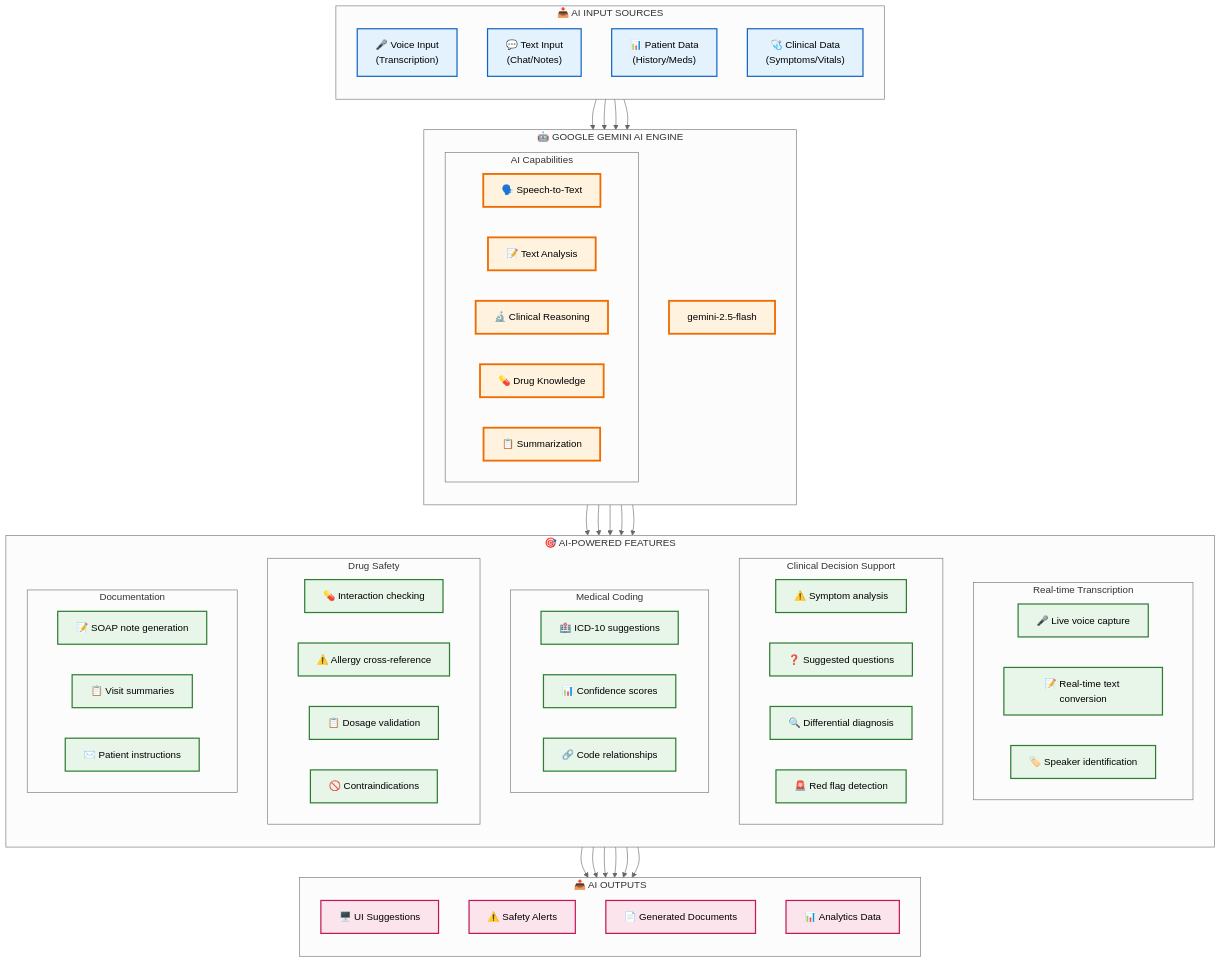
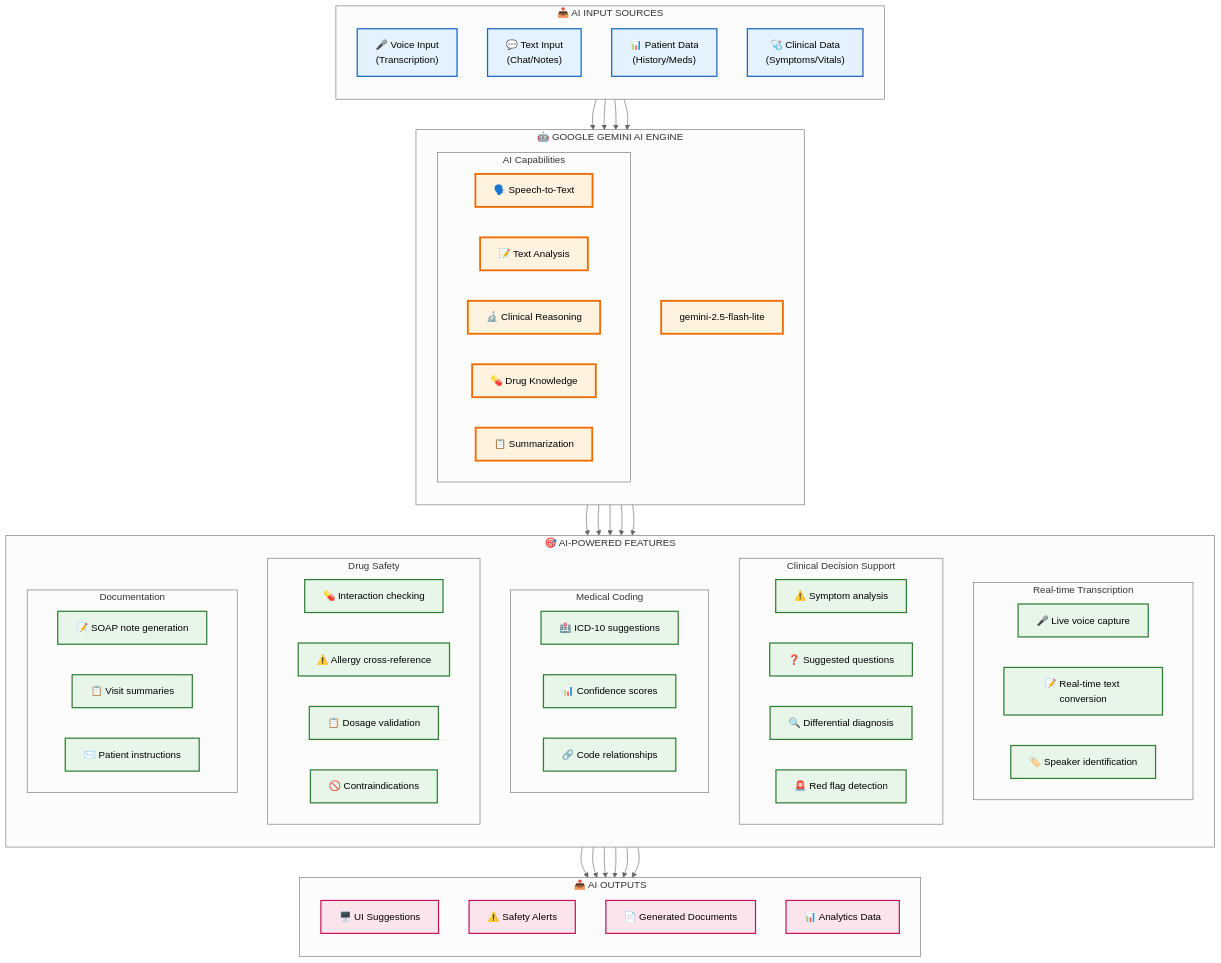
Before and after one commit to chiraleo2000/Isara-Anywhere: the diagram in Isara-doctor-portal/doc/overview/diagrams/ai-integration-flow.mermaid, drawn with Mermaid (neutral theme). The commit also changed 55 other files, not shown here.

```diff
--- a/Isara-doctor-portal/doc/overview/diagrams/ai-integration-flow.mermaid
+++ b/Isara-doctor-portal/doc/overview/diagrams/ai-integration-flow.mermaid
@@ -1,98 +1,98 @@
 %% Izara Doctor Portal - AI Integration Flow v2.0
 %% Shows all AI-powered features and their interactions
 
 flowchart TB
     subgraph Input["📥 AI INPUT SOURCES"]
         direction TB
         I1["🎤 Voice Input<br/>(Transcription)"]
         I2["💬 Text Input<br/>(Chat/Notes)"]
         I3["📊 Patient Data<br/>(History/Meds)"]
         I4["🩺 Clinical Data<br/>(Symptoms/Vitals)"]
     end
     
     subgraph GeminiAI["🤖 GOOGLE GEMINI AI ENGINE"]
         direction TB
-        G1["gemini-2.5-flash"]
+        G1["gemini-2.5-flash-lite"]
         
         subgraph Capabilities["AI Capabilities"]
             C1["🗣️ Speech-to-Text"]
             C2["📝 Text Analysis"]
             C3["🔬 Clinical Reasoning"]
             C4["💊 Drug Knowledge"]
             C5["📋 Summarization"]
         end
     end
     
     subgraph Features["🎯 AI-POWERED FEATURES"]
         direction TB
         
         subgraph Transcription["Real-time Transcription"]
             T1["🎤 Live voice capture"]
             T2["📝 Real-time text conversion"]
             T3["🏷️ Speaker identification"]
         end
         
         subgraph ClinicalSupport["Clinical Decision Support"]
             CS1["⚠️ Symptom analysis"]
             CS2["❓ Suggested questions"]
             CS3["🔍 Differential diagnosis"]
             CS4["🚨 Red flag detection"]
         end
         
         subgraph Coding["Medical Coding"]
             MC1["🏥 ICD-10 suggestions"]
             MC2["📊 Confidence scores"]
             MC3["🔗 Code relationships"]
         end
         
         subgraph DrugSafety["Drug Safety"]
             DS1["💊 Interaction checking"]
             DS2["⚠️ Allergy cross-reference"]
             DS3["📋 Dosage validation"]
             DS4["🚫 Contraindications"]
         end
         
         subgraph Documentation["Documentation"]
             D1["📝 SOAP note generation"]
             D2["📋 Visit summaries"]
             D3["✉️ Patient instructions"]
         end
     end
     
     subgraph Output["📤 AI OUTPUTS"]
         direction TB
         O1["🖥️ UI Suggestions"]
         O2["⚠️ Safety Alerts"]
         O3["📄 Generated Documents"]
         O4["📊 Analytics Data"]
     end
     
     %% Connections
     I1 --> G1
     I2 --> G1
     I3 --> G1
     I4 --> G1
     
     G1 --> Transcription
     G1 --> ClinicalSupport
     G1 --> Coding
     G1 --> DrugSafety
     G1 --> Documentation
     
     Transcription --> O1
     ClinicalSupport --> O1
     ClinicalSupport --> O2
     Coding --> O1
     DrugSafety --> O2
     Documentation --> O3
     
     %% Styling
     classDef input fill:#e3f2fd,stroke:#1565c0,stroke-width:2px
     classDef ai fill:#fff3e0,stroke:#ef6c00,stroke-width:3px
     classDef feature fill:#e8f5e9,stroke:#2e7d32,stroke-width:2px
     classDef output fill:#fce4ec,stroke:#c2185b,stroke-width:2px
     
     class I1,I2,I3,I4 input
     class G1,C1,C2,C3,C4,C5 ai
     class T1,T2,T3,CS1,CS2,CS3,CS4,MC1,MC2,MC3,DS1,DS2,DS3,DS4,D1,D2,D3 feature
     class O1,O2,O3,O4 output
```
